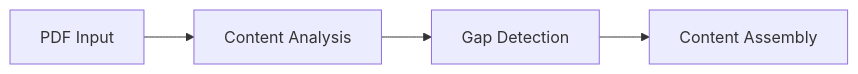
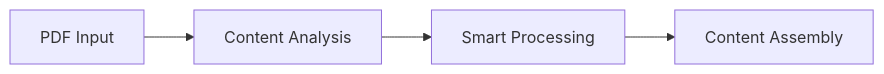
Before and after one commit to Shades-24/pdf2md-core: the first of 8 diagrams in memory-bank/systemPatterns.md, drawn with Mermaid. The commit also changed other lines of this file and 25 other files, not shown here.

````diff
--- a/memory-bank/systemPatterns.md
+++ b/memory-bank/systemPatterns.md
@@ -5,6 +5,6 @@
    ```mermaid
    flowchart LR
      PDF[PDF Input] --> Extract[Content Analysis]
-     Extract --> Process[Gap Detection]
+     Extract --> Process[Smart Processing]
      Process --> Output[Content Assembly]
    ```
````
